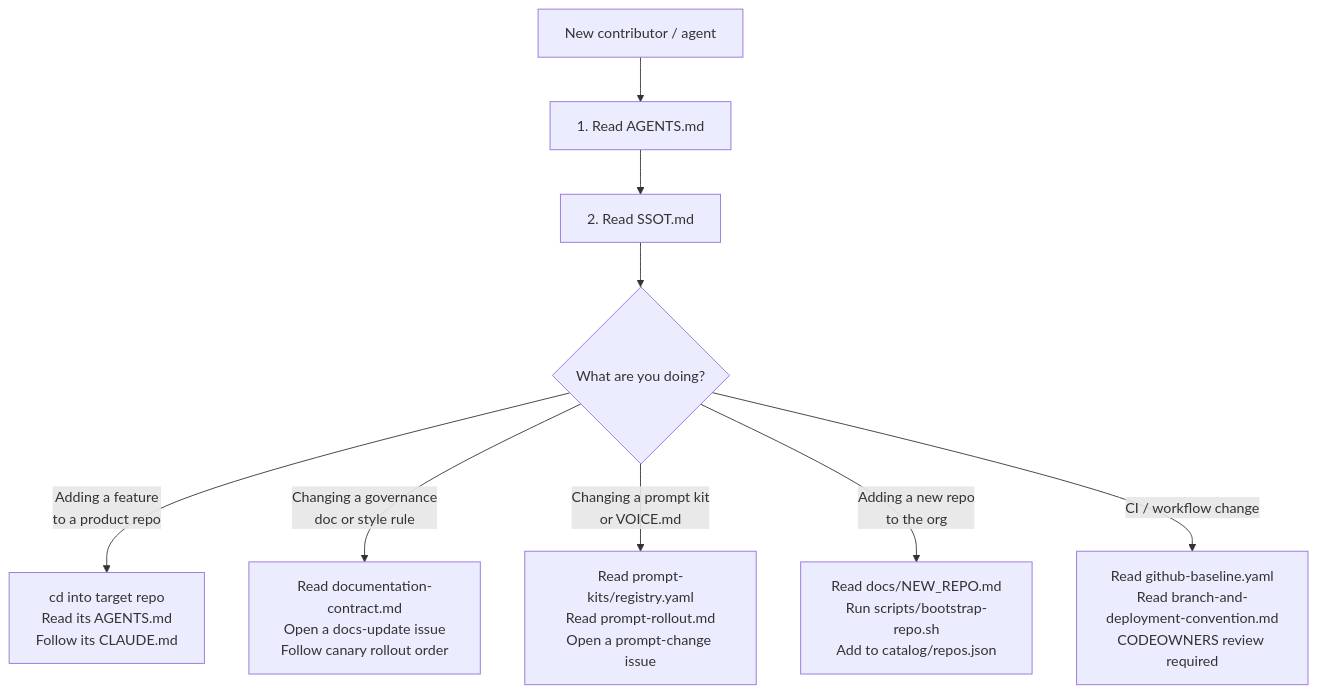
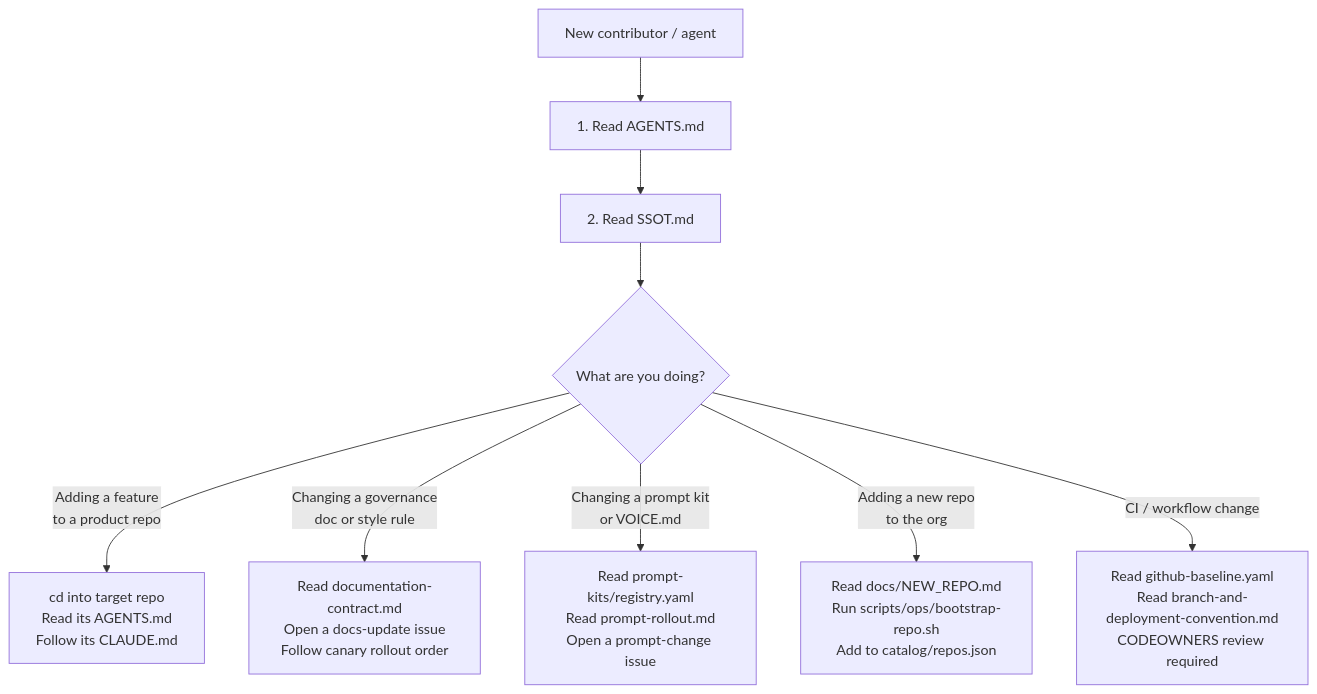
One commit to alawein/alawein changed the diagram in docs/onboarding.md. Above: the diagram before and after it, drawn with Mermaid. The commit also changed other lines of this file and 74 other files, not shown here.

````diff
--- a/docs/onboarding.md
+++ b/docs/onboarding.md
@@ -29,12 +29,12 @@
 ```mermaid
 flowchart TD
   start["New contributor / agent"] --> read_agents["1. Read AGENTS.md"]
   read_agents --> read_ssot["2. Read SSOT.md"]
   read_ssot --> choose{What are you doing?}
 
   choose -->|"Adding a feature\nto a product repo"| product["cd into target repo\nRead its AGENTS.md\nFollow its CLAUDE.md"]
   choose -->|"Changing a governance\ndoc or style rule"| gov["Read documentation-contract.md\nOpen a docs-update issue\nFollow canary rollout order"]
   choose -->|"Changing a prompt kit\nor VOICE.md"| prompt["Read prompt-kits/registry.yaml\nRead prompt-rollout.md\nOpen a prompt-change issue"]
-  choose -->|"Adding a new repo\nto the org"| scaffold["Read docs/NEW_REPO.md\nRun scripts/bootstrap-repo.sh\nAdd to catalog/repos.json"]
+  choose -->|"Adding a new repo\nto the org"| scaffold["Read docs/NEW_REPO.md\nRun scripts/ops/bootstrap-repo.sh\nAdd to catalog/repos.json"]
   choose -->|"CI / workflow change"| ci["Read github-baseline.yaml\nRead branch-and-deployment-convention.md\nCODEOWNERS review required"]
 ```
````
